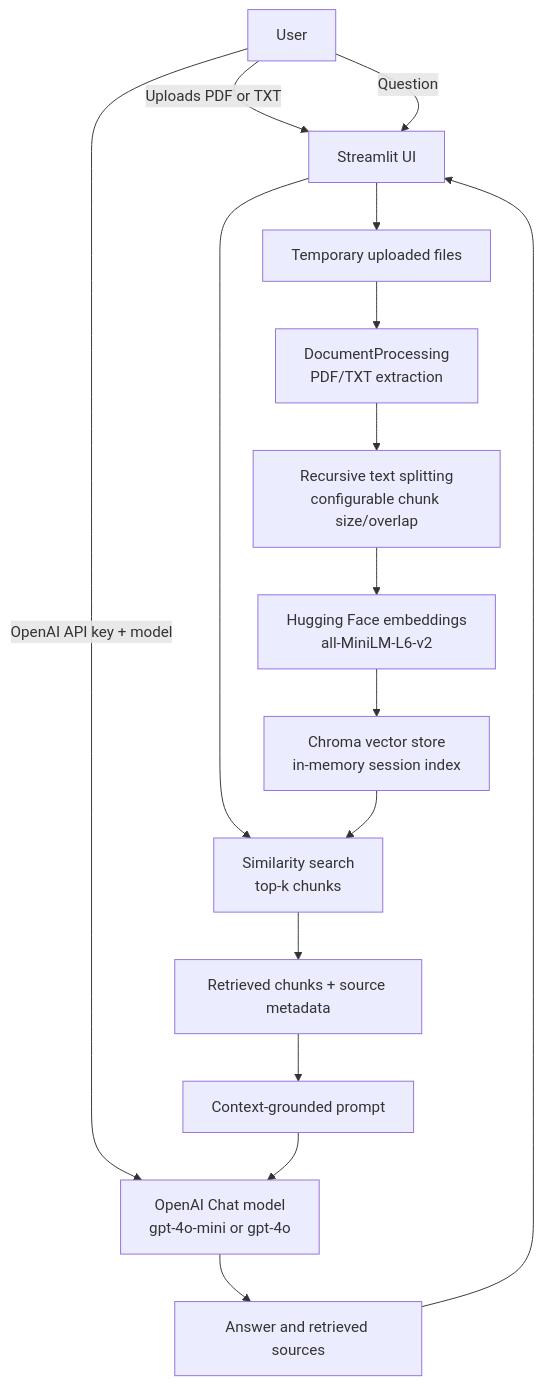
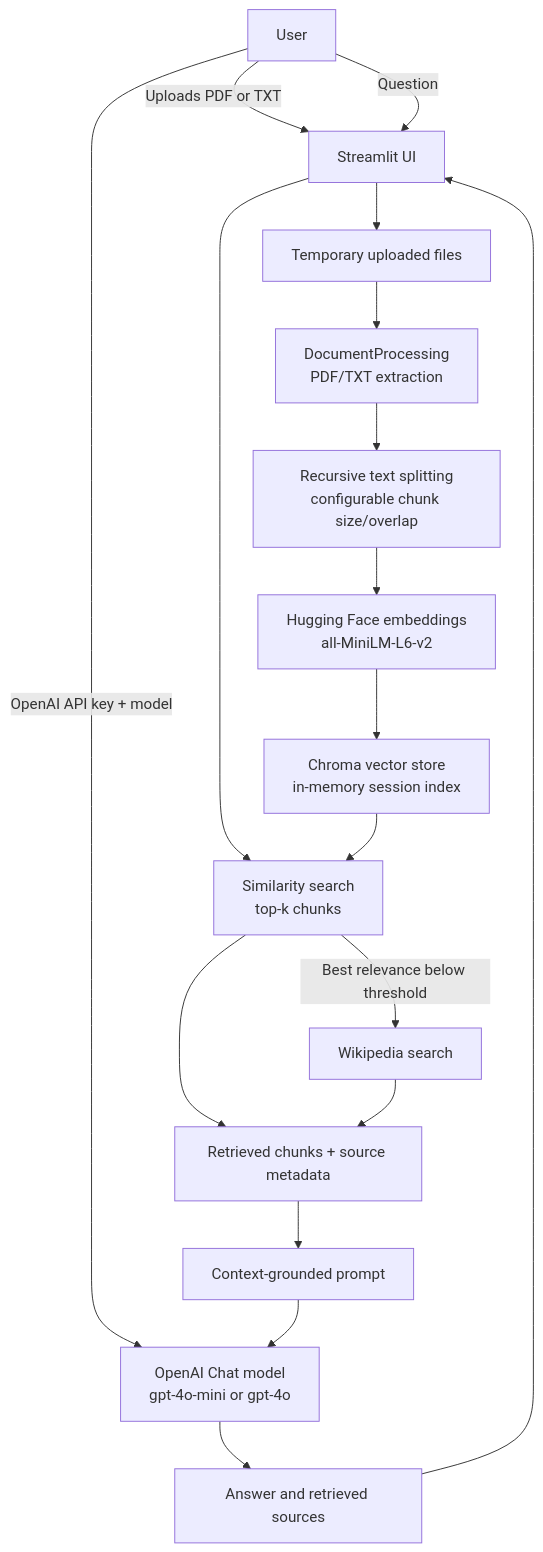
One commit to narottamgla/rag-document-search changed the diagram in README.md. Above: the diagram before and after it, drawn with Mermaid. The commit also changed other lines of this file and 4 other files, not shown here.

````diff
--- a/README.md
+++ b/README.md
@@ -60,19 +69,21 @@
 ```mermaid
 flowchart TD
     U[User] -->|Uploads PDF or TXT| UI[Streamlit UI]
     UI --> TMP[Temporary uploaded files]
     TMP --> LOAD[DocumentProcessing<br/>PDF/TXT extraction]
     LOAD --> SPLIT[Recursive text splitting<br/>configurable chunk size/overlap]
     SPLIT --> EMB[Hugging Face embeddings<br/>all-MiniLM-L6-v2]
     EMB --> VS[Chroma vector store<br/>in-memory session index]
 
     U -->|Question| UI
     UI --> SEARCH[Similarity search<br/>top-k chunks]
     VS --> SEARCH
     SEARCH --> CTX[Retrieved chunks + source metadata]
+    SEARCH -->|Best relevance below threshold| WIKI[Wikipedia search]
+    WIKI --> CTX
     CTX --> PROMPT[Context-grounded prompt]
     U -->|OpenAI API key + model| LLM[OpenAI Chat model<br/>gpt-4o-mini or gpt-4o]
     PROMPT --> LLM
     LLM --> ANSWER[Answer and retrieved sources]
     ANSWER --> UI
 ```
````
